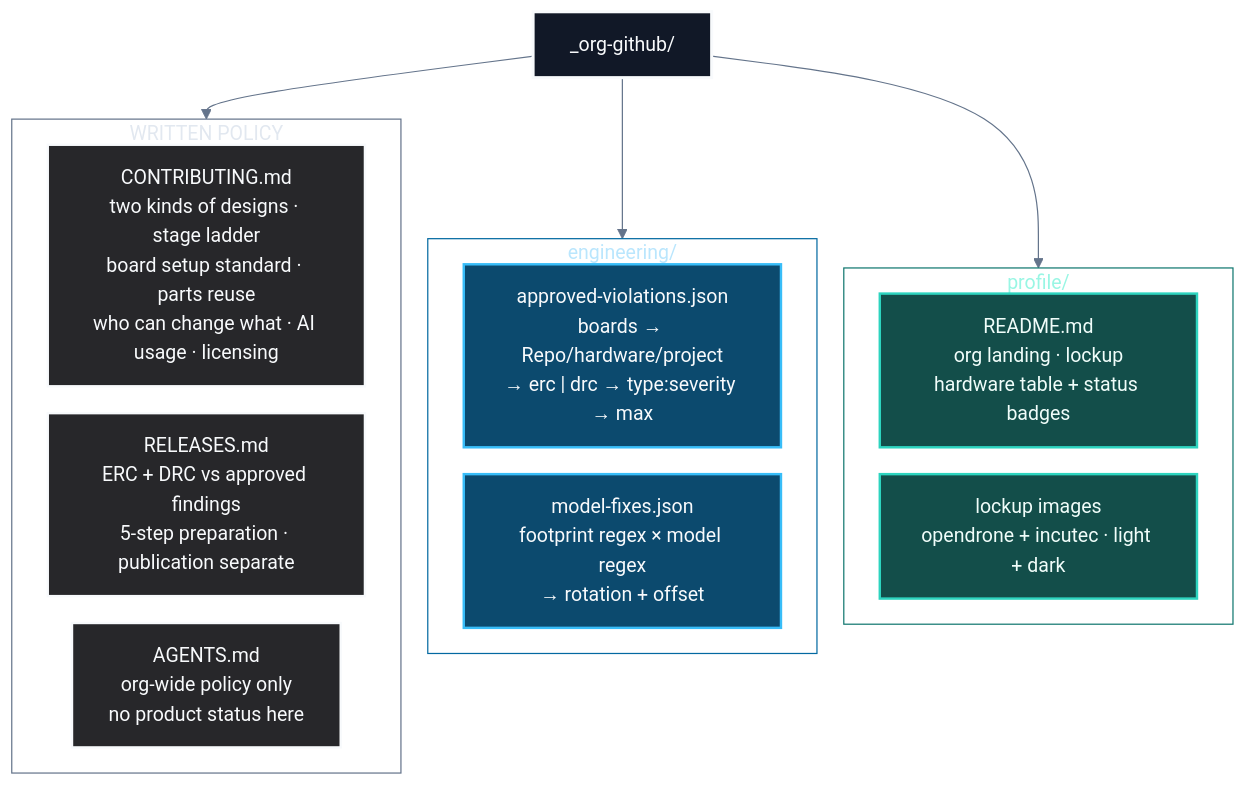
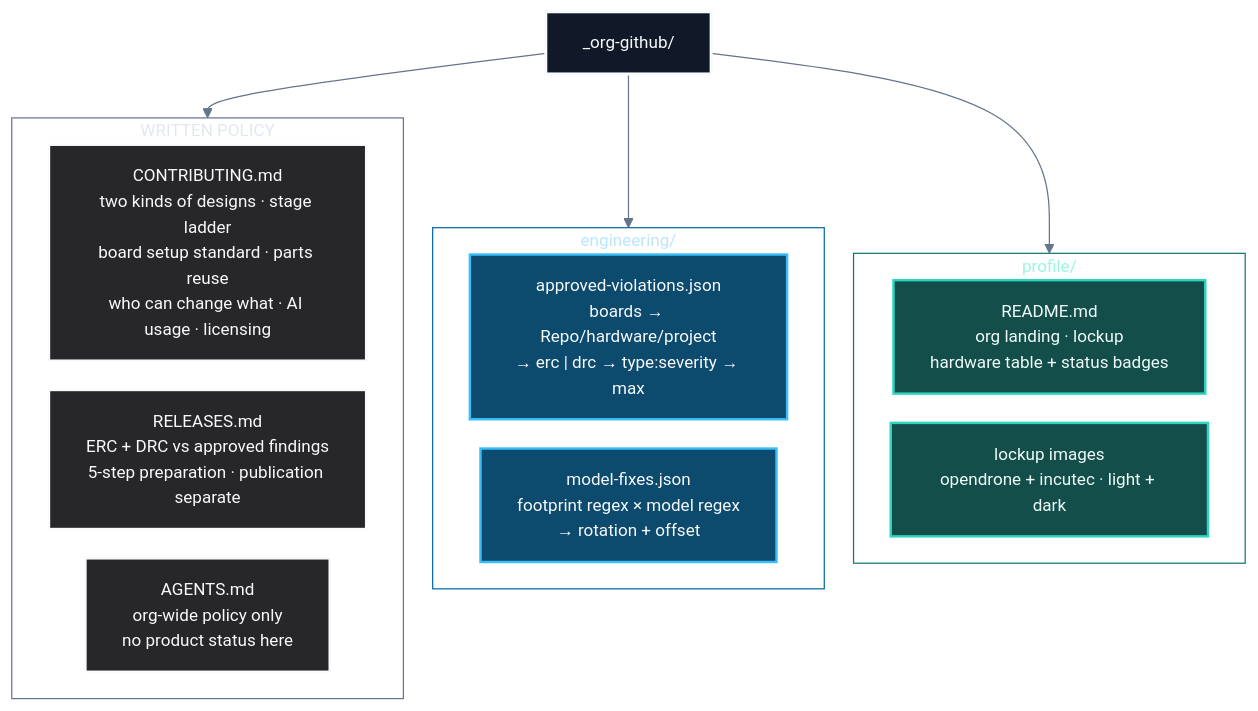
Before and after one commit to OpenDrone-hw/.github: the second of 5 diagrams in OVERVIEW.md, drawn with Mermaid. The commit also changed other lines of this file, not shown here.

````diff
--- a/OVERVIEW.md
+++ b/OVERVIEW.md
@@ -39,42 +37,42 @@
 ```mermaid
-%%{init: {"theme": "base", "themeVariables": {"background": "#0b1120", "lineColor": "#64748b", "fontFamily": "Inter, ui-sans-serif, system-ui"}, "flowchart": {"curve": "basis", "nodeSpacing": 22, "rankSpacing": 34}}}%%
+%%{init: {"theme": "base", "themeVariables": {"background": "#0b1120", "lineColor": "#64748b", "primaryTextColor": "#f8fafc", "edgeLabelBackground": "#0b1120", "fontSize": "14px"}, "flowchart": {"curve": "basis", "nodeSpacing": 24, "rankSpacing": 36}}}%%
 flowchart TB
     ROOT["_org-github/"]
 
     ROOT --> POL
     ROOT --> ENG
     ROOT --> PROF
 
     subgraph POL["WRITTEN POLICY"]
         direction LR
         P1["CONTRIBUTING.md<br/>two kinds of designs · stage ladder<br/>board setup standard · parts reuse<br/>who can change what · AI usage · licensing"]
         P2["RELEASES.md<br/>ERC + DRC vs approved findings<br/>5-step preparation · publication separate"]
         P3["AGENTS.md<br/>org-wide policy only<br/>no product status here"]
     end
 
     subgraph ENG["engineering/"]
         direction LR
         E1["approved-violations.json<br/>boards → Repo/hardware/project<br/>→ erc | drc → type:severity → max"]
         E2["model-fixes.json<br/>footprint regex × model regex<br/>→ rotation + offset"]
     end
 
     subgraph PROF["profile/"]
         direction LR
         F1["README.md<br/>org landing · lockup<br/>hardware table + status badges"]
         F2["lockup images<br/>opendrone + incutec · light + dark"]
     end
 
     classDef root fill:#111827,stroke:#f8fafc,color:#f8fafc,stroke-width:2.5px;
     classDef policy fill:#27272a,stroke:#f8fafc,color:#f8fafc,stroke-width:2px;
     classDef eng fill:#0c4a6e,stroke:#38bdf8,color:#f8fafc,stroke-width:2px;
     classDef prof fill:#134e4a,stroke:#2dd4bf,color:#f0fdfa,stroke-width:2px;
 
     class ROOT root;
     class P1,P2,P3 policy;
     class E1,E2 eng;
     class F1,F2 prof;
 
     style POL fill:transparent,stroke:#64748b,color:#e2e8f0;
     style ENG fill:transparent,stroke:#0369a1,color:#bae6fd;
     style PROF fill:transparent,stroke:#0f766e,color:#99f6e4;
 ```
````
